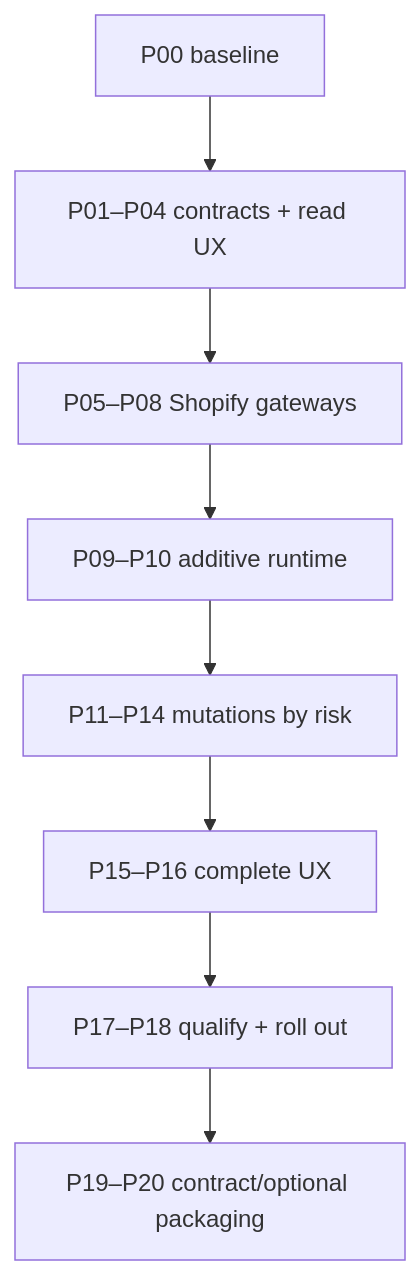
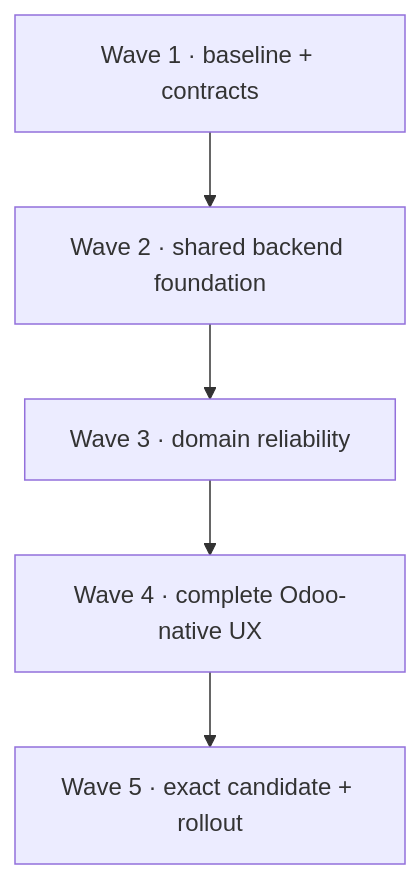
The diagram in docs/v2/README.md (AdamsOdoo/Adams), drawn with Mermaid before and after one commit. The commit also changed other lines of this file and 15 other files, not shown here.

````diff
--- a/docs/v2/README.md
+++ b/docs/v2/README.md
@@ -74,10 +80,7 @@
 ```mermaid
 flowchart TB
-    B["P00 baseline"] --> C["P01–P04 contracts + read UX"]
-    C --> G["P05–P08 Shopify gateways"]
-    G --> R["P09–P10 additive runtime"]
-    R --> M["P11–P14 mutations by risk"]
-    M --> U["P15–P16 complete UX"]
-    U --> Q["P17–P18 qualify + roll out"]
-    Q --> X["P19–P20 contract/optional packaging"]
+    F["Wave 1 · baseline + contracts"] --> R["Wave 2 · shared backend foundation"]
+    R --> D["Wave 3 · domain reliability"]
+    D --> U["Wave 4 · complete Odoo-native UX"]
+    U --> Q["Wave 5 · exact candidate + rollout"]
 ```
````
